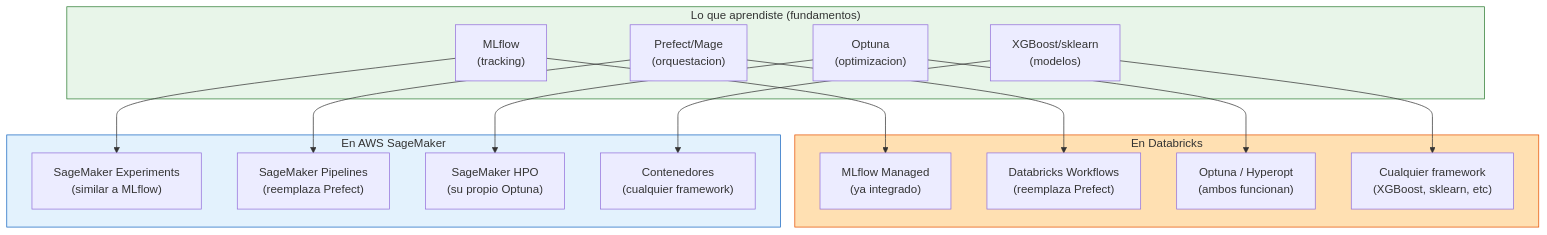
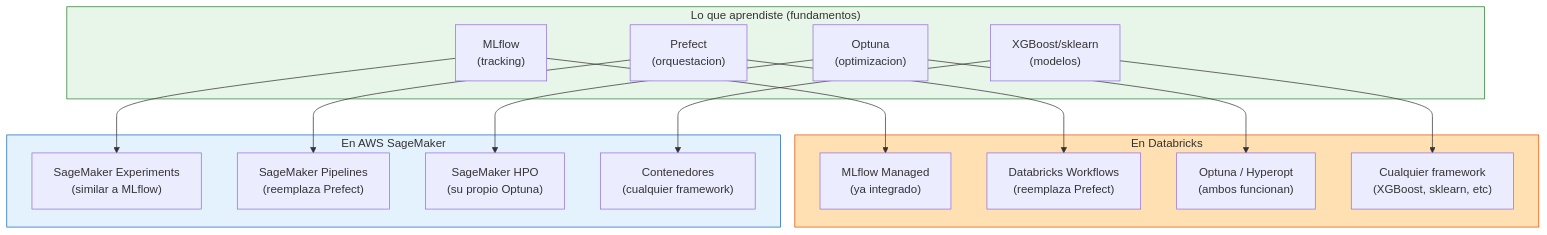
One commit to dpalacioj/MLOps-Course changed the ninth of 14 diagrams in docs/cierre-del-curso.md. Above: the diagram before and after it, drawn with Mermaid. The commit also changed other lines of this file and 13 other files, not shown here.

````diff
--- a/docs/cierre-del-curso.md
+++ b/docs/cierre-del-curso.md
@@ -555,36 +560,36 @@
 ```mermaid
 flowchart TD
     subgraph APRENDISTE["Lo que aprendiste (fundamentos)"]
         ML["MLflow\n(tracking)"]
-        PF["Prefect/Mage\n(orquestacion)"]
+        PF["Prefect\n(orquestacion)"]
         OP["Optuna\n(optimizacion)"]
         XG["XGBoost/sklearn\n(modelos)"]
     end
 
     subgraph DATABRICKS["En Databricks"]
         DB_ML["MLflow Managed\n(ya integrado)"]
         DB_WF["Databricks Workflows\n(reemplaza Prefect)"]
         DB_OP["Optuna / Hyperopt\n(ambos funcionan)"]
         DB_XG["Cualquier framework\n(XGBoost, sklearn, etc)"]
     end
 
     subgraph SAGEMAKER["En AWS SageMaker"]
         SM_ML["SageMaker Experiments\n(similar a MLflow)"]
         SM_WF["SageMaker Pipelines\n(reemplaza Prefect)"]
         SM_OP["SageMaker HPO\n(su propio Optuna)"]
         SM_XG["Contenedores\n(cualquier framework)"]
     end
 
     ML --> DB_ML
     ML --> SM_ML
     PF --> DB_WF
     PF --> SM_WF
     OP --> DB_OP
     OP --> SM_OP
     XG --> DB_XG
     XG --> SM_XG
 
     style APRENDISTE fill:#E8F5E9,stroke:#2E7D32
     style DATABRICKS fill:#FFE0B2,stroke:#E65100
     style SAGEMAKER fill:#E3F2FD,stroke:#1565C0
 ```
````
